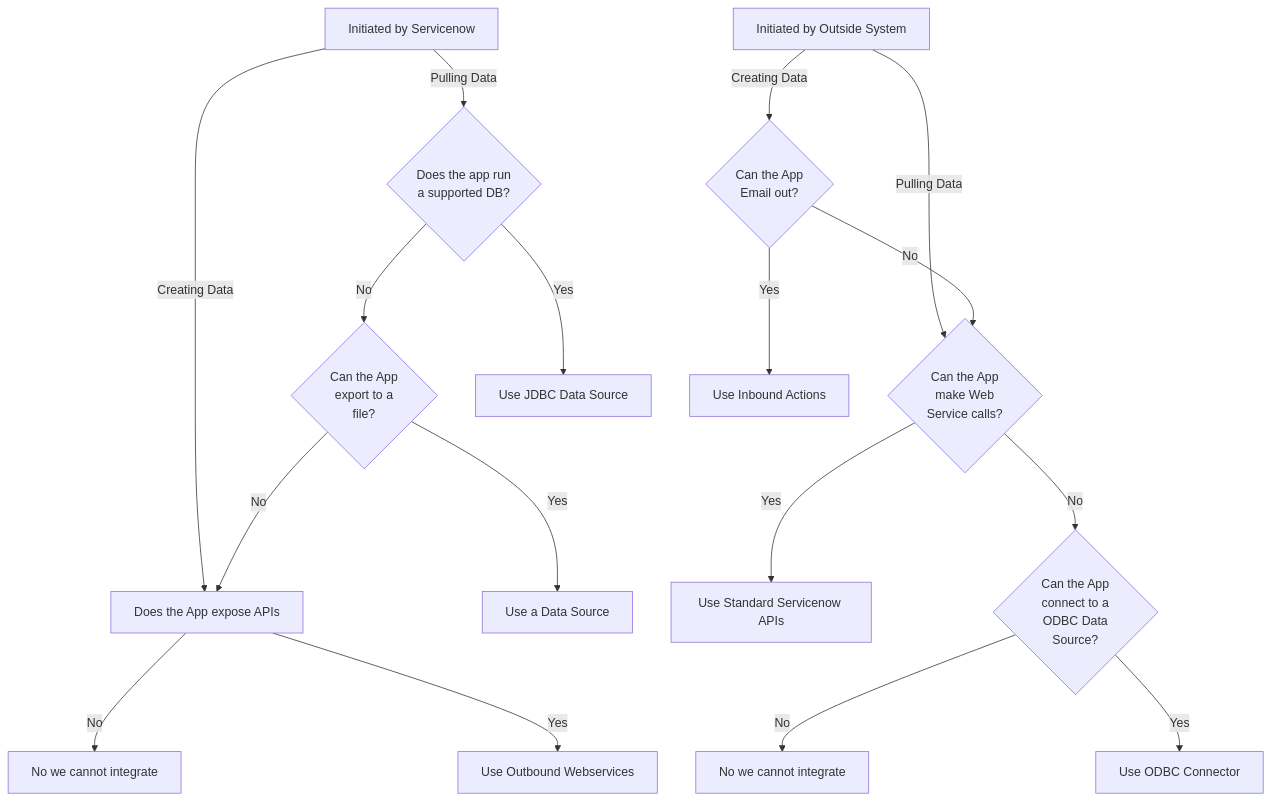
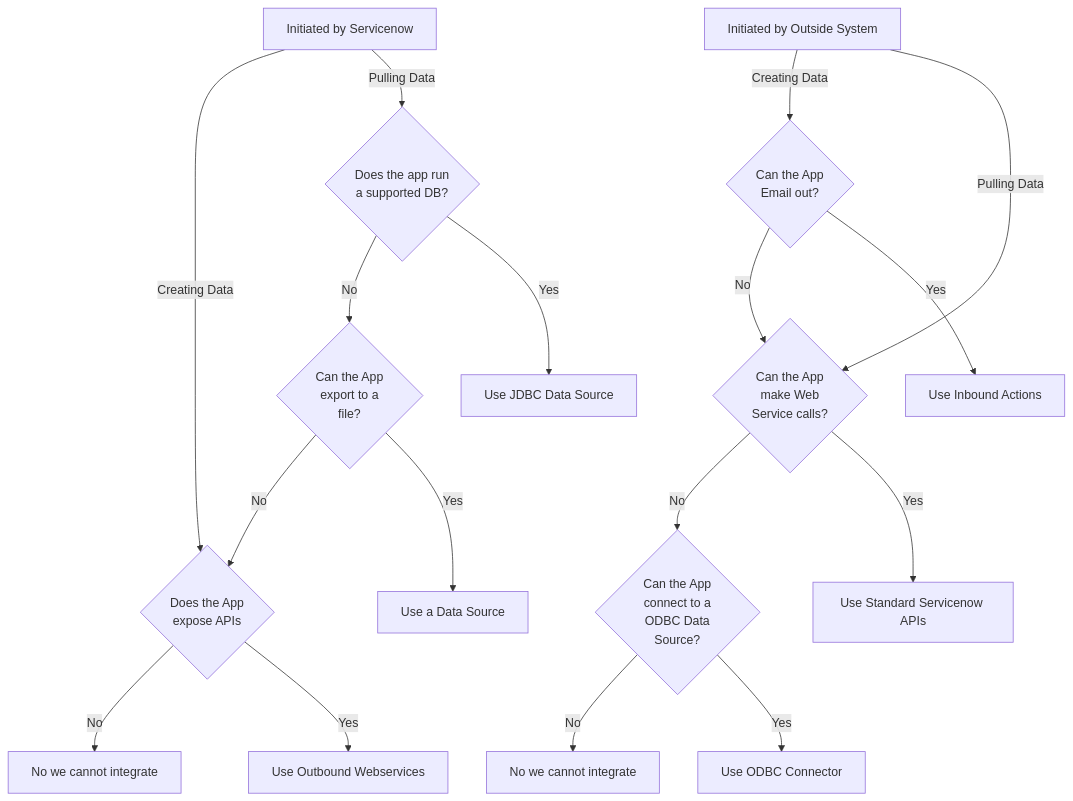
One commit to jacebenson/workflow changed the diagram in public/mmd/integrate.mmd. Above: the diagram before and after it, drawn with Mermaid.

```diff
--- a/public/mmd/integrate.mmd
+++ b/public/mmd/integrate.mmd
@@ -1,40 +1,40 @@
 graph TD
   
   InitSN[Initiated by Servicenow]
   InitOut[Initiated by Outside System]
+
+  AppExposesAPIs{Does the App<br/> expose APIs}
   AppRunsSupportedDB{Does the app run<br/> a supported DB?}
   AppExportToFile{Can the App<br/> export to a<br/> file?}
   AppWSCalls{Can the App<br/> make Web<br/> Service calls?}
   AppEmail{Can the App<br/> Email out?}
   AppODBCDataSource{Can the App<br/> connect to a<br/> ODBC Data<br/> Source?}
-
+  
   UseDataSource[Use a Data Source]
   UseJDBCDataSource[Use JDBC Data Source]
   UseOutboundWS[Use Outbound Webservices]
   UseInboundActions[Use Inbound Actions]
   UseStandardSNWS[Use Standard Servicenow APIs]
   UseOBDCConnector[Use ODBC Connector]
-  AppExposesAPIs[Does the App expose APIs]
   No1[No we cannot integrate]
   No2[No we cannot integrate]
 
 
-
+  InitSN            -- Creating Data-->AppExposesAPIs
   InitSN            -- Pulling Data -->AppRunsSupportedDB
-  InitSN            -- Creating Data-->AppExposesAPIs
   AppRunsSupportedDB-- No           -->AppExportToFile
   AppRunsSupportedDB-- Yes          -->UseJDBCDataSource
   AppExportToFile   -- No           -->AppExposesAPIs
   AppExportToFile   -- Yes          -->UseDataSource
   AppExposesAPIs    -- No           -->No1
   AppExposesAPIs    -- Yes          -->UseOutboundWS
 
 
+  InitOut           -- Creating Data-->AppEmail
   InitOut           -- Pulling Data -->AppWSCalls
-  InitOut           -- Creating Data-->AppEmail
   AppEmail          -- No           -->AppWSCalls
   AppEmail          -- Yes          -->UseInboundActions
   AppWSCalls        -- No           -->AppODBCDataSource
   AppWSCalls        -- Yes          -->UseStandardSNWS
   AppODBCDataSource -- No           -->No2
   AppODBCDataSource -- Yes          -->UseOBDCConnector
```
